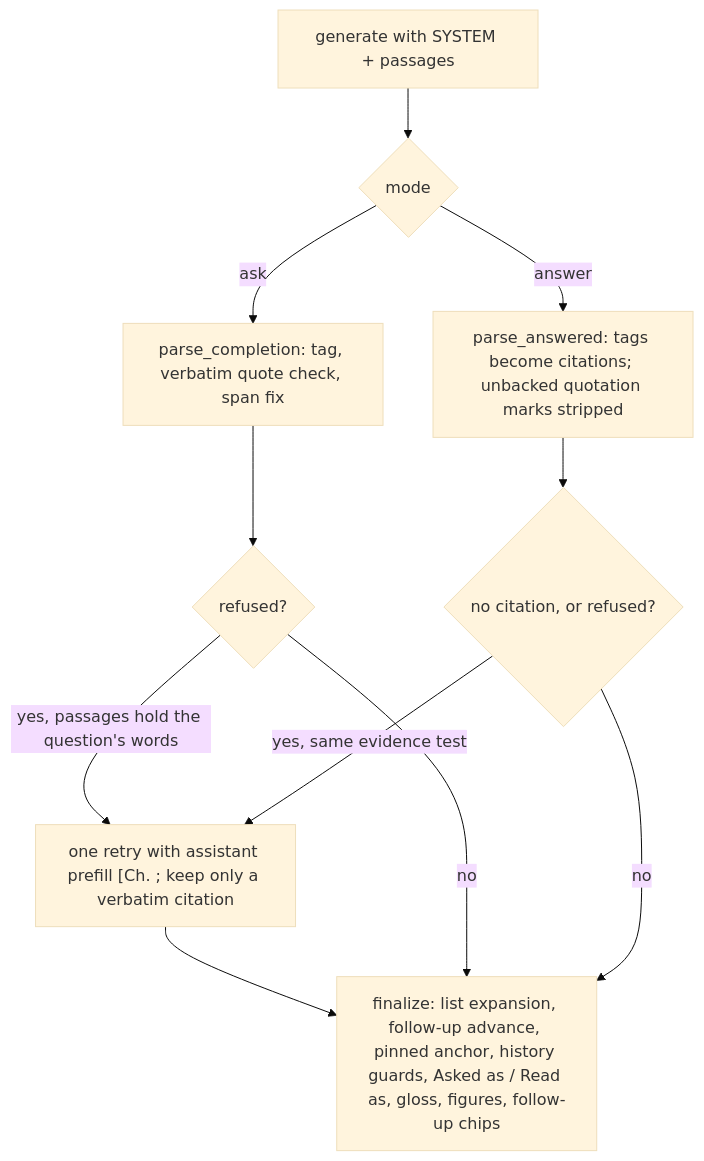
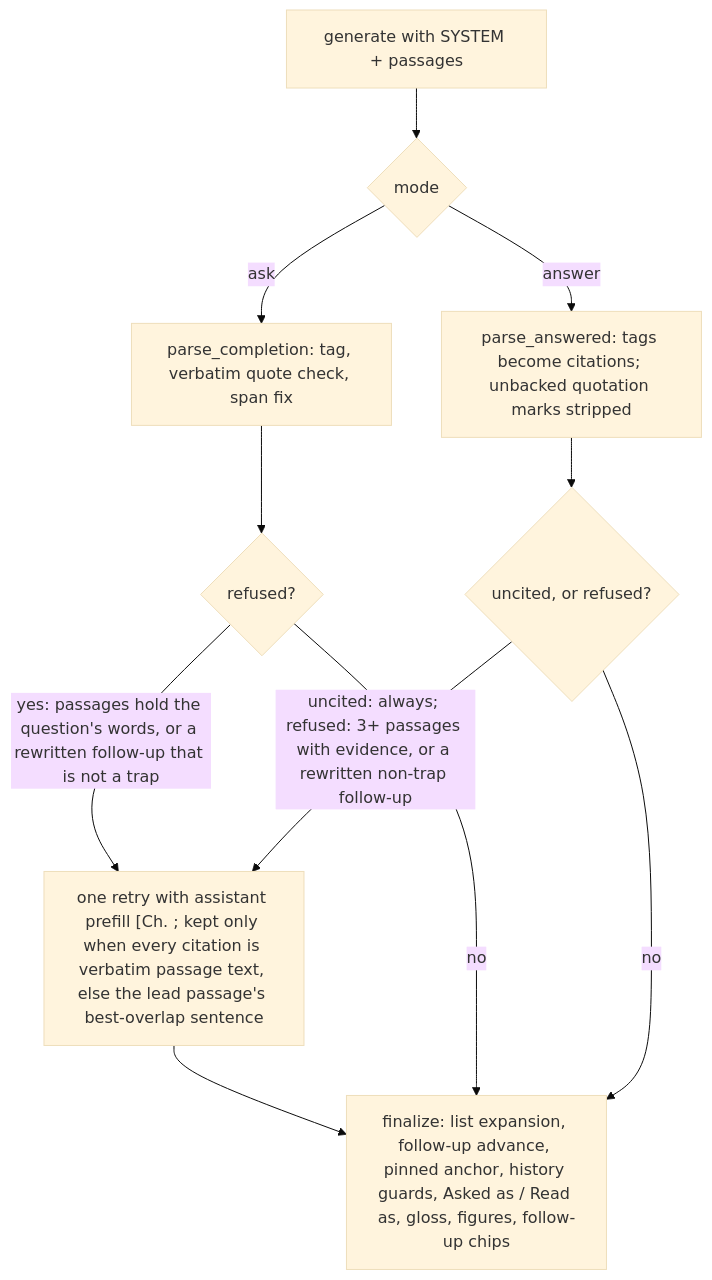
The fourth of 4 diagrams in docs/ENGINEERING.md (Skufu/NekoHon), drawn with Mermaid (base theme) before and after one commit. The commit also changed other lines of this file and 2 other files, not shown here.

Commit message:
docs: D3 fixes — passage limit, retry conditions, plain-register prompt, rank-answers needs Ollama

````diff
--- a/docs/ENGINEERING.md
+++ b/docs/ENGINEERING.md
@@ -137,14 +139,14 @@
 ```mermaid
 flowchart TD
   Gen["generate with SYSTEM + passages"] --> Mode{"mode"}
   Mode -->|ask| PC["parse_completion: tag, verbatim quote check, span fix"]
   Mode -->|answer| PA["parse_answered: tags become citations; unbacked quotation marks stripped"]
   PC --> Ref{"refused?"}
-  PA --> Unc{"no citation, or refused?"}
-  Ref -->|"yes, passages hold the question's words"| Retry
-  Unc -->|yes, same evidence test| Retry["one retry with assistant prefill [Ch. ; keep only a verbatim citation"]
+  PA --> Unc{"uncited, or refused?"}
+  Ref -->|"yes: passages hold the question's words, or a rewritten follow-up that is not a trap"| Retry
+  Unc -->|"uncited: always; refused: 3+ passages with evidence, or a rewritten non-trap follow-up"| Retry["one retry with assistant prefill [Ch. ; kept only when every citation is verbatim passage text, else the lead passage's best-overlap sentence"]
   Retry --> Fin
   Ref -->|no| Fin
   Unc -->|no| Fin
   Fin["finalize: list expansion, follow-up advance, pinned anchor, history guards, Asked as / Read as, gloss, figures, follow-up chips"]
 ```
````
